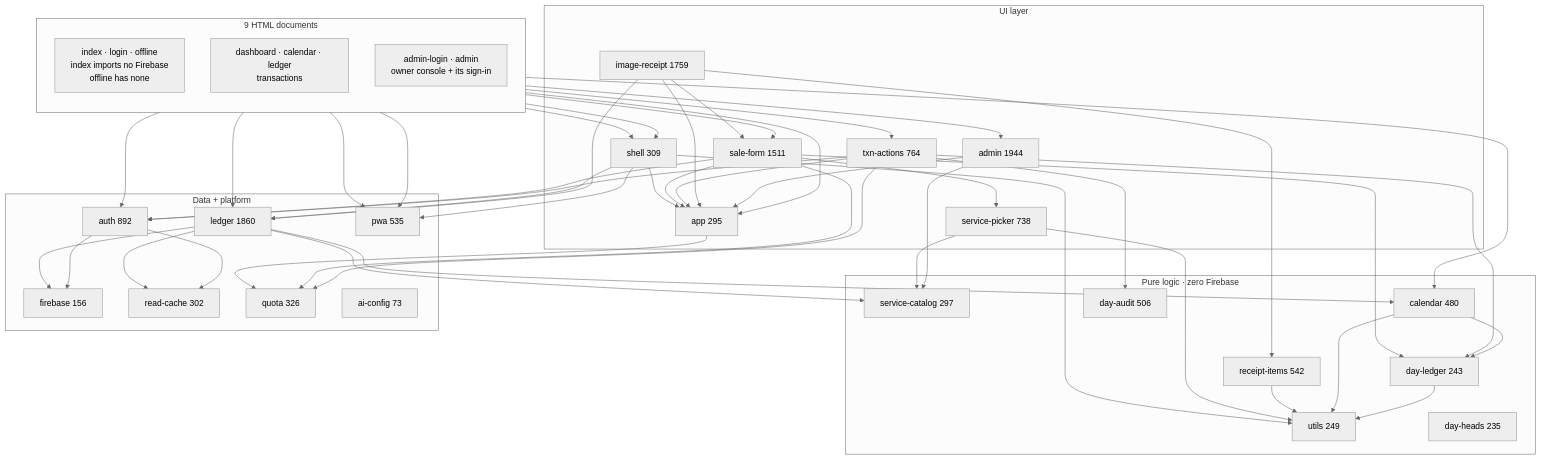
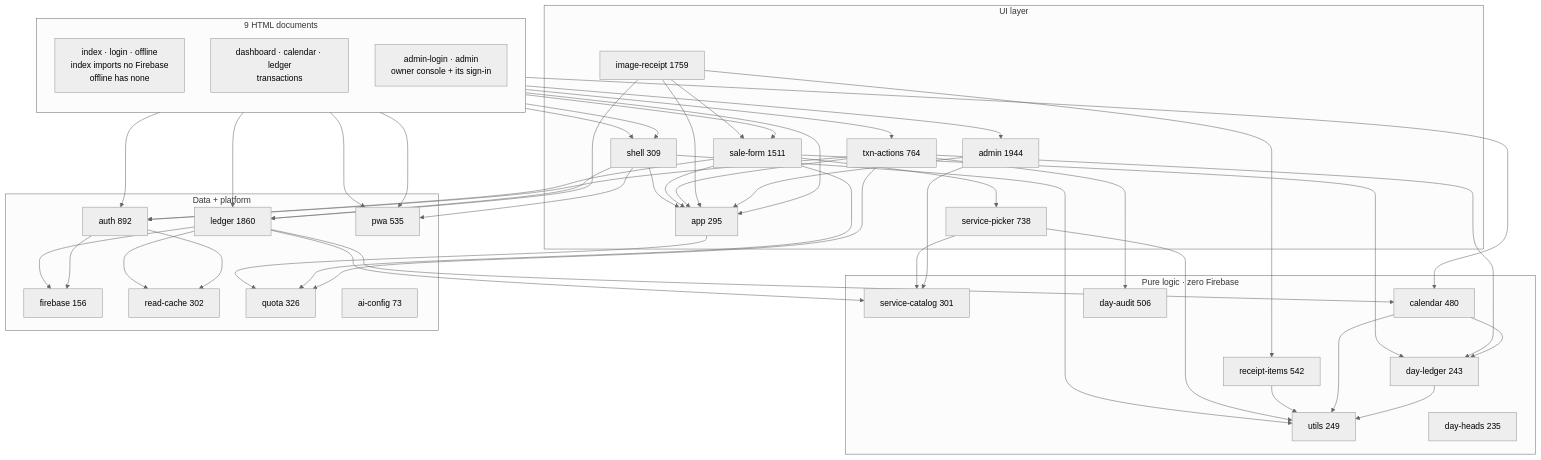
The diagram in docs/ARCHITECTURE.md (arshinmrelju/leadger), drawn with Mermaid (neutral theme) before and after one commit. The commit also changed other lines of this file and 4 other files, not shown here.

```diff
--- a/docs/ARCHITECTURE.md
+++ b/docs/ARCHITECTURE.md
@@ -23,7 +23,7 @@
 
     subgraph PURE["Pure logic · zero Firebase"]
         UTIL["utils 249"]
-        CAT["service-catalog 297"]
+        CAT["service-catalog 301"]
         DH["day-heads 235"]
         DL["day-ledger 243"]
         CAL["calendar 480"]
```
